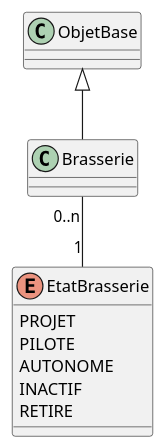
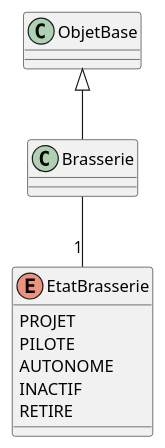
Before and after one commit to beerfactory/brewbox-uml: the diagram in brasserie.iuml, drawn with PlantUML. The commit also changed 2 other files, not shown here.

```diff
--- a/brasserie.iuml
+++ b/brasserie.iuml
@@ -1,14 +1,14 @@
 class Brasserie {
 	
 }
 
 enum EtatBrasserie {
     PROJET
     PILOTE
     AUTONOME
     INACTIF
     RETIRE
 }
 
-Brasserie "0..n" -- "1" EtatBrasserie
+Brasserie -- "1" EtatBrasserie
 ObjetBase <|-- Brasserie
```
